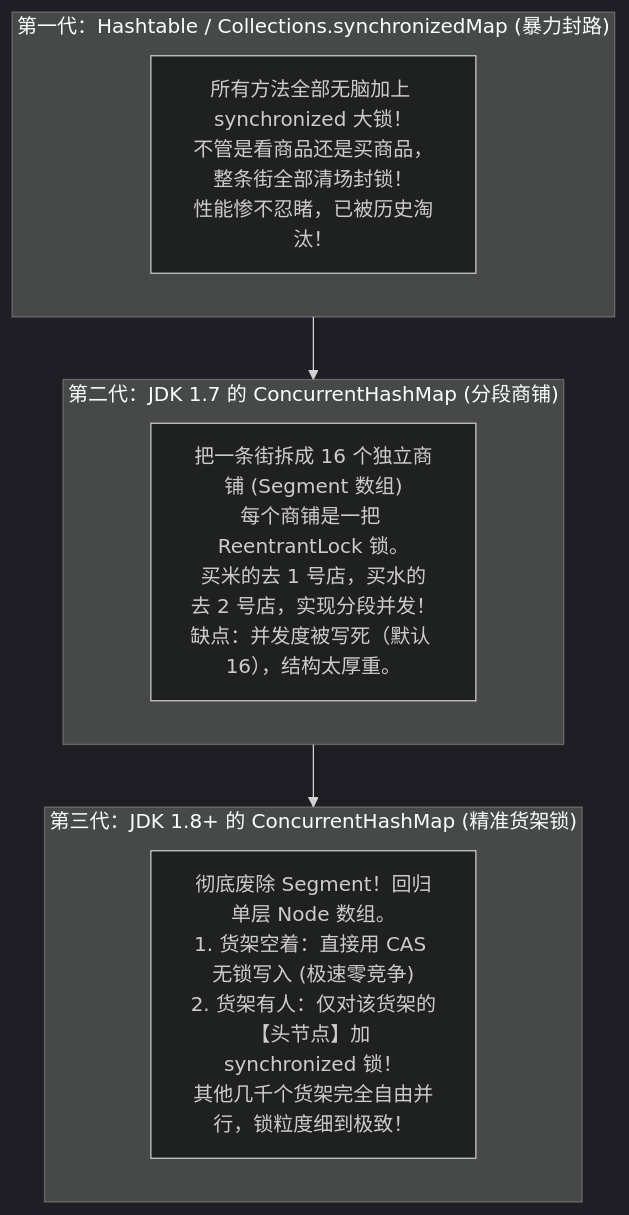
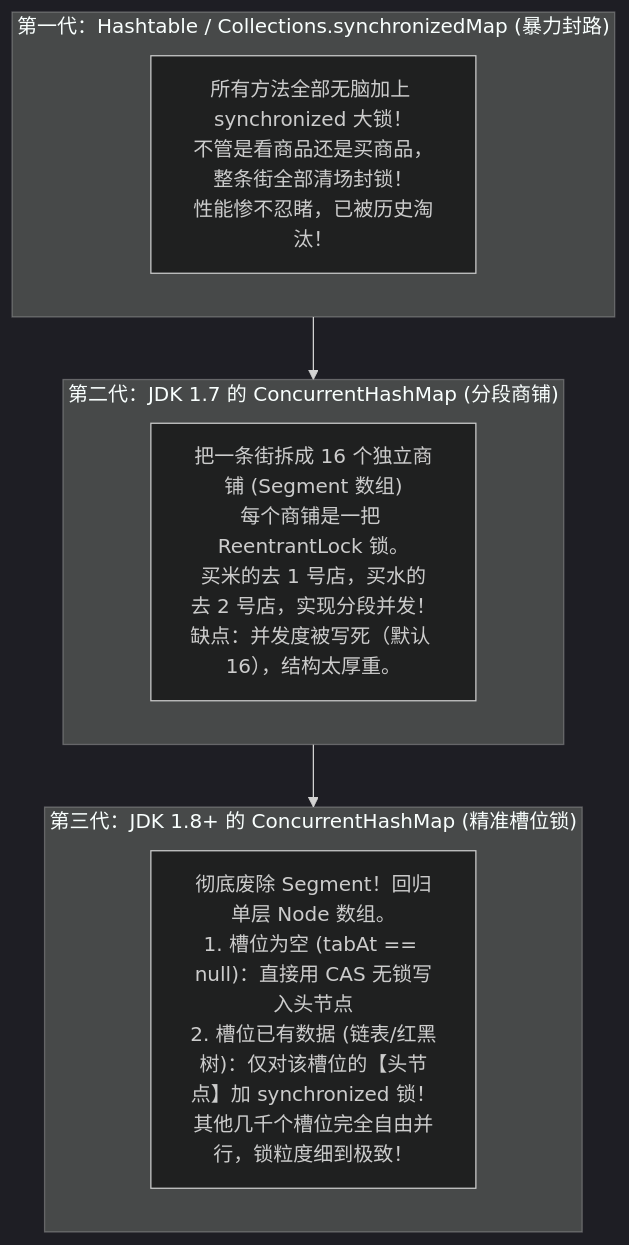
One commit to GuoWWWX/knowledge-base changed the first of 2 diagrams in 20-Java后端/03-并发编程/08-并发容器-ConcurrentHashMap.md. Above: the diagram before and after it, drawn with Mermaid (dark theme). The commit also changed 234 other files, not shown here.

````diff
--- a/20-Java后端/03-并发编程/08-并发容器-ConcurrentHashMap.md
+++ b/20-Java后端/03-并发编程/08-并发容器-ConcurrentHashMap.md
@@ -33,16 +33,16 @@
 ```mermaid
 flowchart TD
     subgraph G1["第一代：Hashtable / Collections.synchronizedMap (暴力封路)"]
         H1["所有方法全部无脑加上 synchronized 大锁！<br/>不管是看商品还是买商品，整条街全部清场封锁！<br/>性能惨不忍睹，已被历史淘汰！"]
     end
 
     subgraph G2["第二代：JDK 1.7 的 ConcurrentHashMap (分段商铺)"]
         S1["把一条街拆成 16 个独立商铺 (Segment 数组)<br/>每个商铺是一把 ReentrantLock 锁。<br/>买米的去 1 号店，买水的去 2 号店，实现分段并发！<br/>缺点：并发度被写死（默认 16），结构太厚重。"]
     end
 
-    subgraph G3["第三代：JDK 1.8+ 的 ConcurrentHashMap (精准货架锁)"]
-        N1["彻底废除 Segment！回归单层 Node 数组。<br/>1. 货架空着：直接用 CAS 无锁写入 (极速零竞争)<br/>2. 货架有人：仅对该货架的【头节点】加 synchronized 锁！<br/>其他几千个货架完全自由并行，锁粒度细到极致！"]
+    subgraph G3["第三代：JDK 1.8+ 的 ConcurrentHashMap (精准槽位锁)"]
+        N1["彻底废除 Segment！回归单层 Node 数组。<br/>1. 槽位为空 (tabAt == null)：直接用 CAS 无锁写入头节点<br/>2. 槽位已有数据 (链表/红黑树)：仅对该槽位的【头节点】加 synchronized 锁！<br/>其他几千个槽位完全自由并行，锁粒度细到极致！"]
     end
 
     G1 --> G2 --> G3
 ```
````
